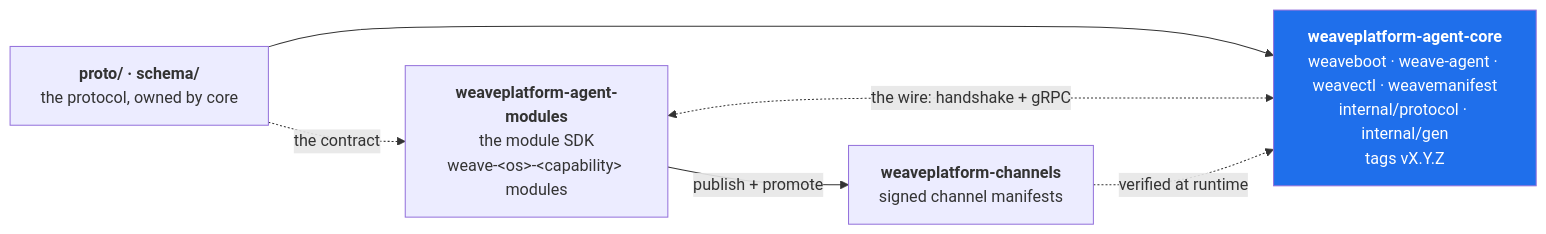
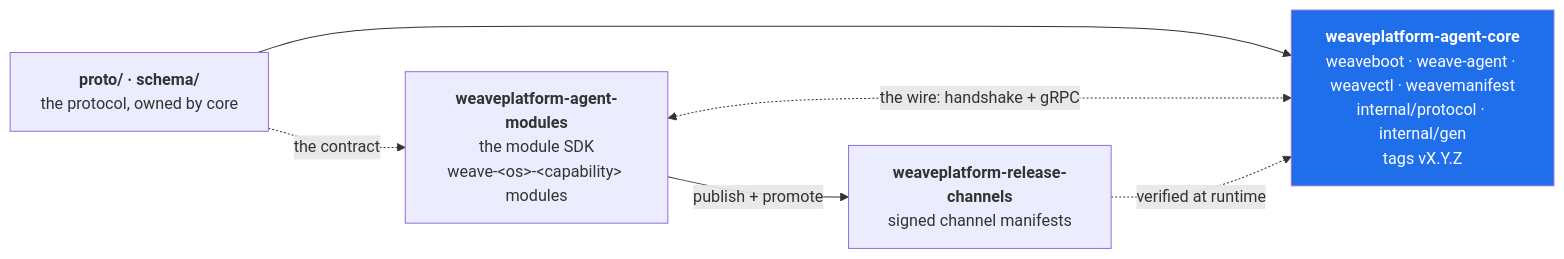
One commit to weaveplatform/weaveplatform-agent-core changed the diagram in README.md. Above: the diagram before and after it, drawn with Mermaid. The commit also changed other lines of this file and 11 other files, not shown here.

Commit message:
docs: name weaveplatform-release-channels as the release registry

````diff
--- a/README.md
+++ b/README.md
@@ -34,9 +34,9 @@
 ```mermaid
 flowchart LR
     proto["<b>proto/ · schema/</b><br/>the protocol, owned by core"] --> core["<b>weaveplatform-agent-core</b><br/>weaveboot · weave-agent · weavectl · weavemanifest<br/>internal/protocol · internal/gen<br/>tags vX.Y.Z"]
     proto -. "the contract" .-> modules["<b>weaveplatform-agent-modules</b><br/>the module SDK<br/>weave-&lt;os&gt;-&lt;capability&gt; modules"]
     modules <-. "the wire: handshake + gRPC" .-> core
-    modules -->|publish + promote| channels["<b>weaveplatform-channels</b><br/>signed channel manifests"]
+    modules -->|publish + promote| channels["<b>weaveplatform-release-channels</b><br/>signed channel manifests"]
     channels -. verified at runtime .-> core
     style core fill:#1f6feb,color:#fff
 ```
````
